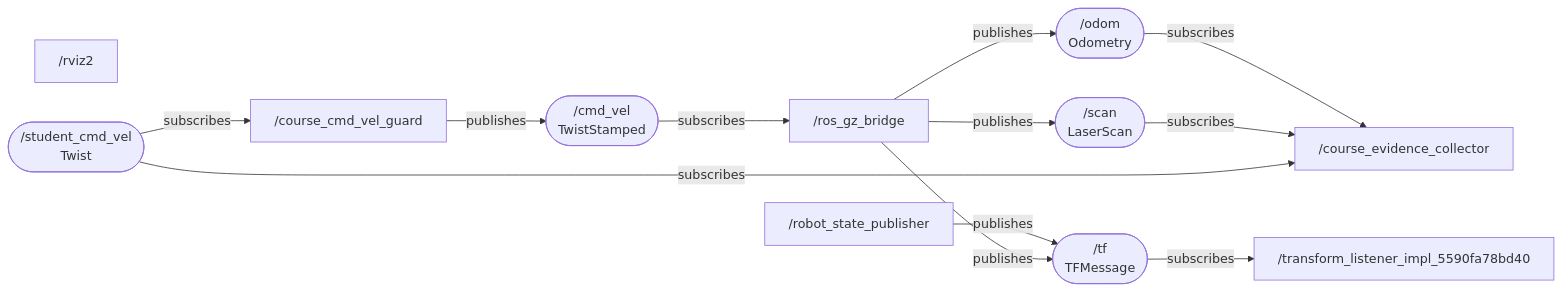
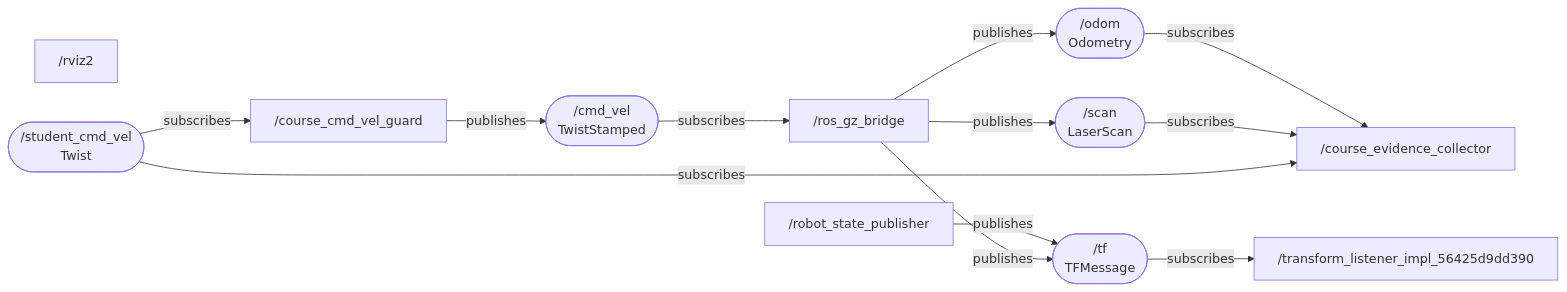
One commit to lincalvin76/robotics-fall2026 changed the diagram in week01_ros_foundations/student_submission/mission_1/ros_system_diagram.md. Above: the diagram before and after it, drawn with Mermaid. The commit also changed 8 other files, not shown here.

````diff
--- a/week01_ros_foundations/student_submission/mission_1/ros_system_diagram.md
+++ b/week01_ros_foundations/student_submission/mission_1/ros_system_diagram.md
@@ -3,25 +3,25 @@
 ```mermaid
 flowchart LR
   n0["/course_cmd_vel_guard"]
   n1["/course_evidence_collector"]
   n2["/robot_state_publisher"]
   n3["/ros_gz_bridge"]
   n4["/rviz2"]
-  n5["/transform_listener_impl_5590fa78bd40"]
+  n5["/transform_listener_impl_56425d9dd390"]
   t0(["/cmd_vel<br/>TwistStamped"])
   n0 -->|publishes| t0
   t0 -->|subscribes| n3
   t1(["/odom<br/>Odometry"])
   n3 -->|publishes| t1
   t1 -->|subscribes| n1
   t2(["/scan<br/>LaserScan"])
   n3 -->|publishes| t2
   t2 -->|subscribes| n1
   t3(["/student_cmd_vel<br/>Twist"])
   t3 -->|subscribes| n0
   t3 -->|subscribes| n1
   t4(["/tf<br/>TFMessage"])
   n2 -->|publishes| t4
   n3 -->|publishes| t4
   t4 -->|subscribes| n5
 ```
````
